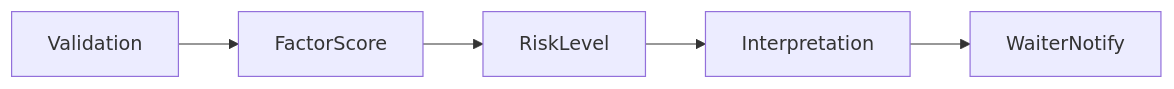
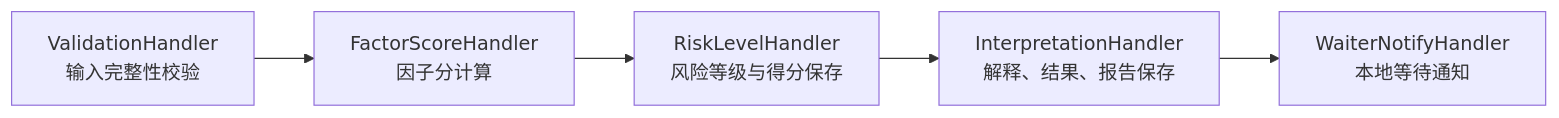
The third of 4 diagrams in docs/02-业务模块/evaluation/02-EnginePipeline.md (FangcunMount/qs-server), drawn with Mermaid before and after one commit. The commit also changed other lines of this file and 8 other files, not shown here.

````diff
--- a/docs/02-业务模块/evaluation/02-EnginePipeline.md
+++ b/docs/02-业务模块/evaluation/02-EnginePipeline.md
@@ -20,10 +178,10 @@
 ```mermaid
 flowchart LR
-    validation["Validation"]
-    factor["FactorScore"]
-    risk["RiskLevel"]
-    interp["Interpretation"]
-    notify["WaiterNotify"]
+    validation["ValidationHandler<br/>输入完整性校验"]
+    factor["FactorScoreHandler<br/>因子分计算"]
+    risk["RiskLevelHandler<br/>风险等级与得分保存"]
+    interp["InterpretationHandler<br/>解释、结果、报告保存"]
+    waiter["WaiterNotifyHandler<br/>本地等待通知"]
 
-    validation --> factor --> risk --> interp --> notify
+    validation --> factor --> risk --> interp --> waiter
 ```
````
